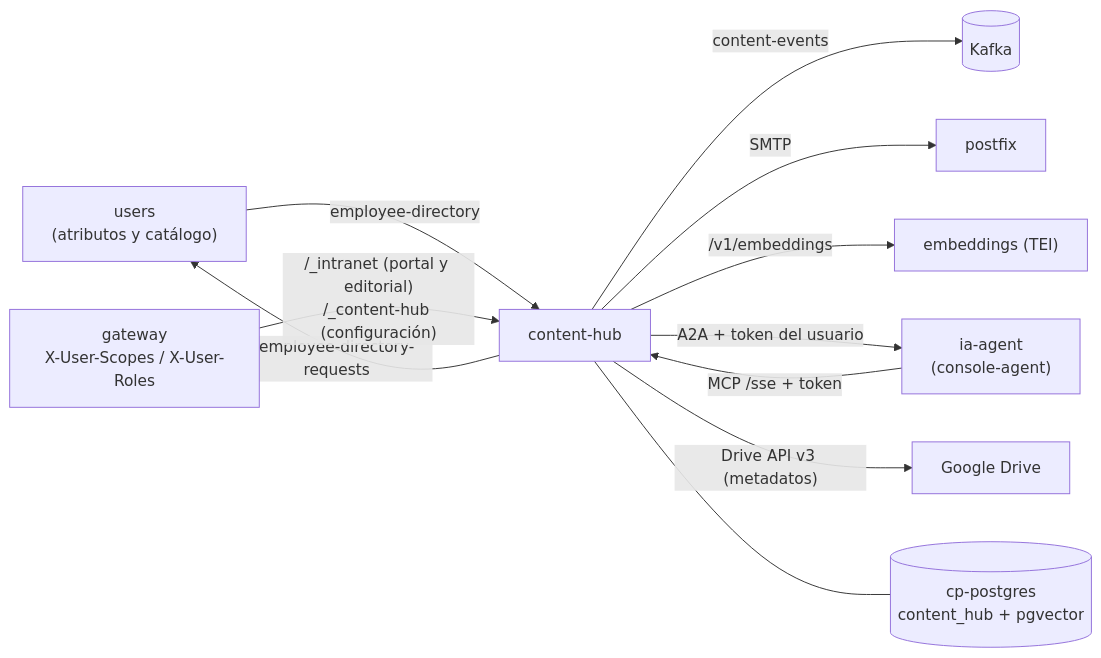
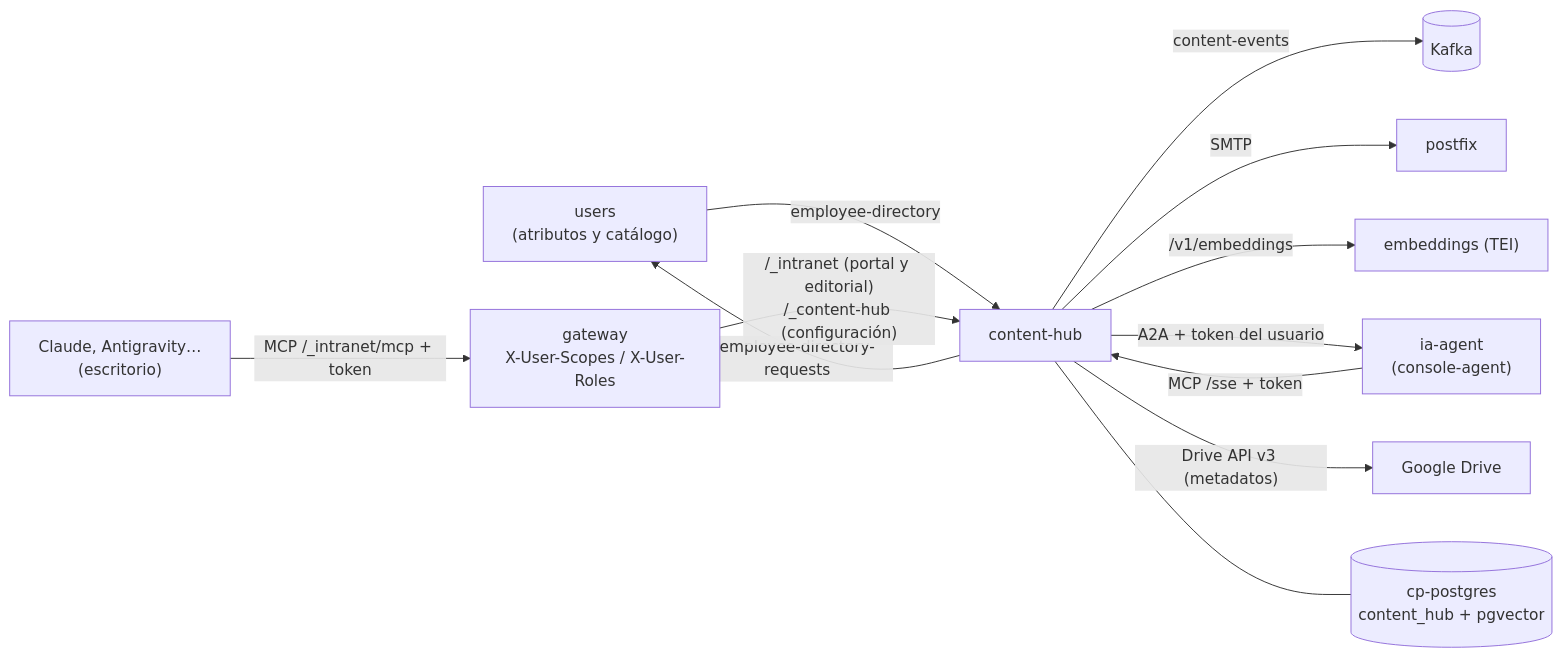
The first of 4 diagrams in doc/src/content/docs/intranet/arquitectura.md (miguelperezcolom/ec-demo1), drawn with Mermaid before and after one commit. The commit also changed other lines of this file and 15 other files, not shown here.

````diff
--- a/doc/src/content/docs/intranet/arquitectura.md
+++ b/doc/src/content/docs/intranet/arquitectura.md
@@ -50,13 +50,14 @@
 ```mermaid
 flowchart LR
   U["users<br/>(atributos y catálogo)"] -- employee-directory --> CH
   CH -- employee-directory-requests --> U
   GW["gateway<br/>X-User-Scopes / X-User-Roles"] -- "/_intranet (portal y editorial)<br/>/_content-hub (configuración)" --> CH["content-hub"]
   AG["ia-agent<br/>(console-agent)"] -- "MCP /sse + token" --> CH
+  DK["Claude, Antigravity…<br/>(escritorio)"] -- "MCP /_intranet/mcp + token" --> GW
   CH -- content-events --> K[("Kafka")]
   CH -- SMTP --> PF["postfix"]
   CH -- "/v1/embeddings" --> EMB["embeddings (TEI)"]
   CH -- "A2A + token del usuario" --> AG
   CH -- "Drive API v3 (metadatos)" --> GD["Google Drive"]
   CH --- DB[("cp-postgres<br/>content_hub + pgvector")]
 ```
````
